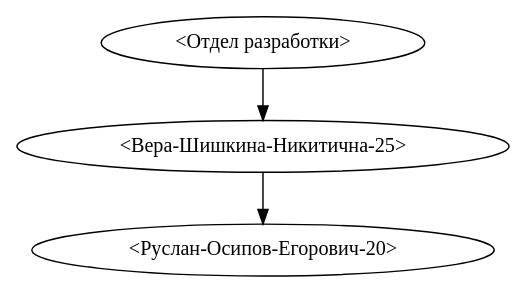
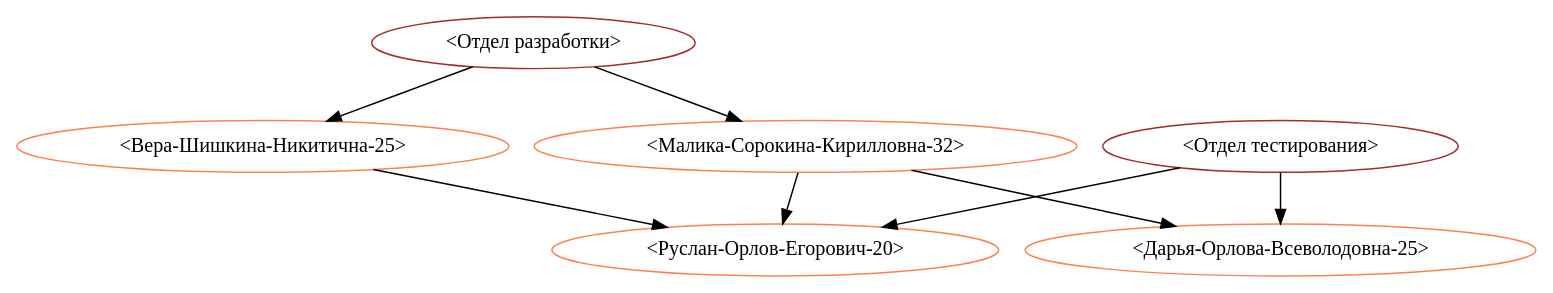
The diagram in PracticalTask1/Static/GraphDot.dot (VasiliyNichnikov/SystemDataAnalysisPracticalTask1), drawn with Graphviz before and after one commit. The commit also changed 27 other files, not shown here.

```diff
--- a/PracticalTask1/Static/GraphDot.dot
+++ b/PracticalTask1/Static/GraphDot.dot
@@ -1,7 +1,15 @@
 digraph G {
-0 [label="<Отдел разработки>"];
-1 [label="<Вера-Шишкина-Никитична-25>"];
-2 [label="<Руслан-Осипов-Егорович-20>"];
+0 [label="<Отдел тестирования>", color="#A52A2AFF"];
+1 [label="<Руслан-Орлов-Егорович-20>", color="#FF7F50FF"];
+2 [label="<Отдел разработки>", color="#A52A2AFF"];
+3 [label="<Вера-Шишкина-Никитична-25>", color="#FF7F50FF"];
+4 [label="<Малика-Сорокина-Кирилловна-32>", color="#FF7F50FF"];
+5 [label="<Дарья-Орлова-Всеволодовна-25>", color="#FF7F50FF"];
 0 -> 1 [];
-1 -> 2 [];
+0 -> 5 [];
+2 -> 3 [];
+2 -> 4 [];
+3 -> 1 [];
+4 -> 1 [];
+4 -> 5 [];
 }
```
